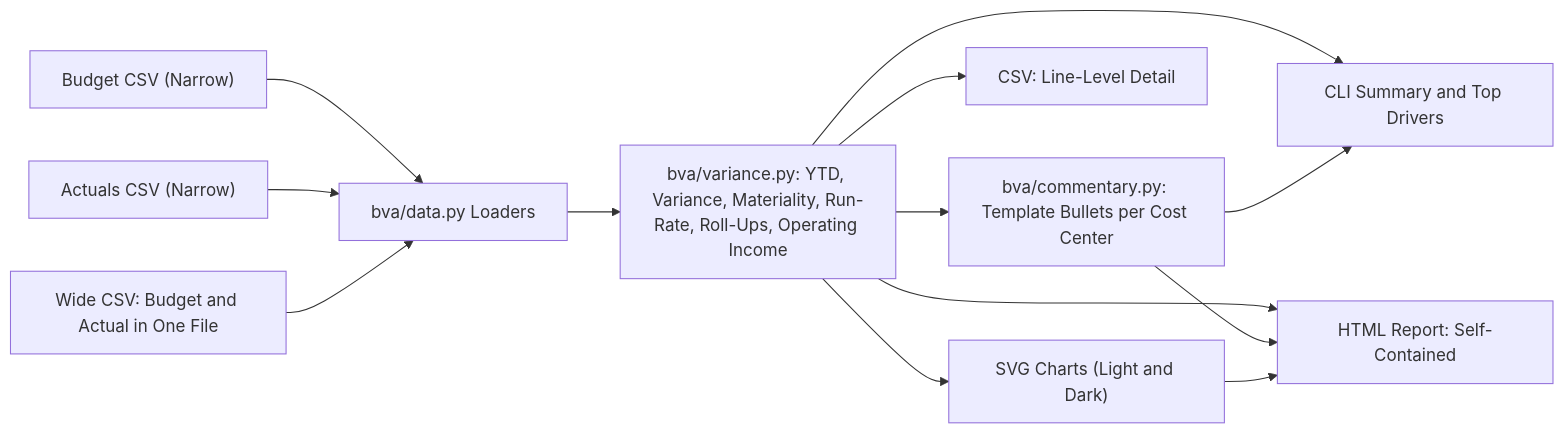
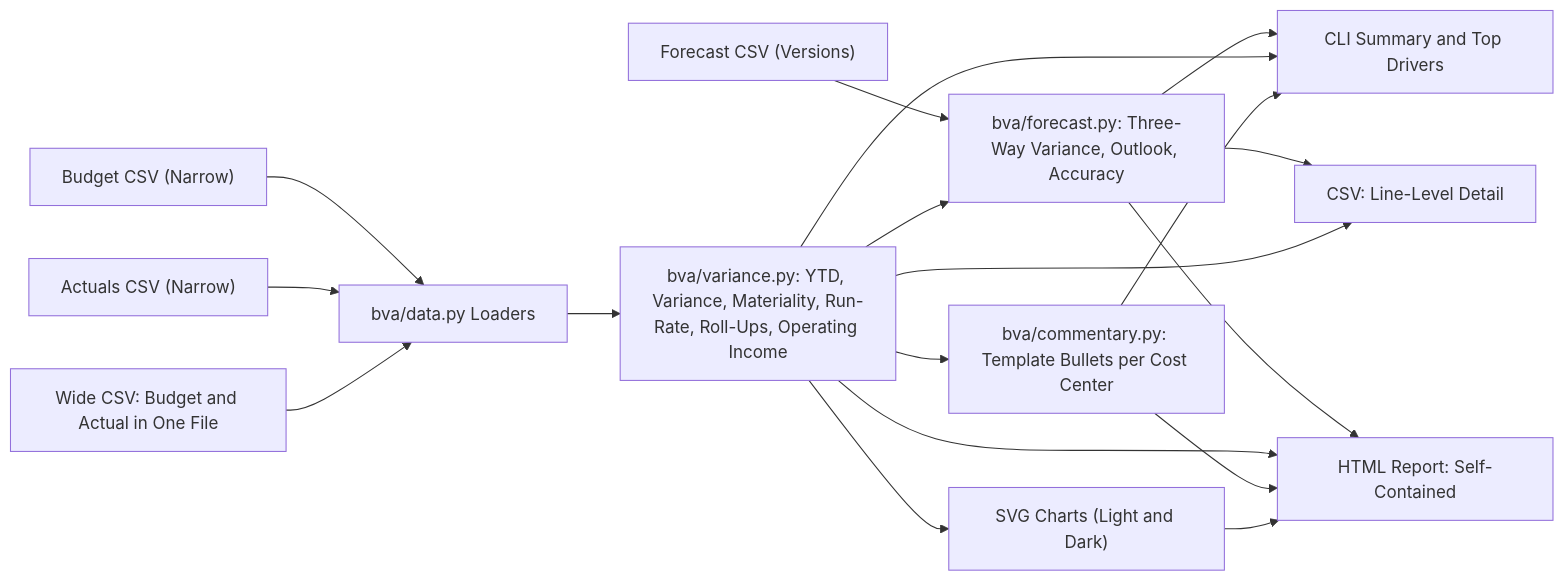
Before and after one commit to builtby-hari/BudgetVarianceAnalyzer: the diagram in README.md, drawn with Mermaid. The commit also changed other lines of this file and 22 other files, not shown here.

Commit message:
Add rolling forecast, forecast accuracy, price/volume/mix and JSON output

````diff
--- a/README.md
+++ b/README.md
@@ -73,15 +74,20 @@
 ```mermaid
 flowchart LR
     A["Budget CSV (Narrow)"] --> L["bva/data.py Loaders"]
     B["Actuals CSV (Narrow)"] --> L
+    F["Forecast CSV (Versions)"] --> FC["bva/forecast.py: Three-Way Variance, Outlook, Accuracy"]
     W["Wide CSV: Budget and Actual in One File"] --> L
     L --> V["bva/variance.py: YTD, Variance, Materiality, Run-Rate, Roll-Ups, Operating Income"]
+    V --> FC
+    FC --> O1
+    FC --> O2
+    FC --> O3
     V --> C["bva/commentary.py: Template Bullets per Cost Center"]
     V --> O1["CLI Summary and Top Drivers"]
     V --> O2["CSV: Line-Level Detail"]
     V --> O3["HTML Report: Self-Contained"]
     V --> O4["SVG Charts (Light and Dark)"]
     C --> O1
     C --> O3
     O4 --> O3
 ```
````
